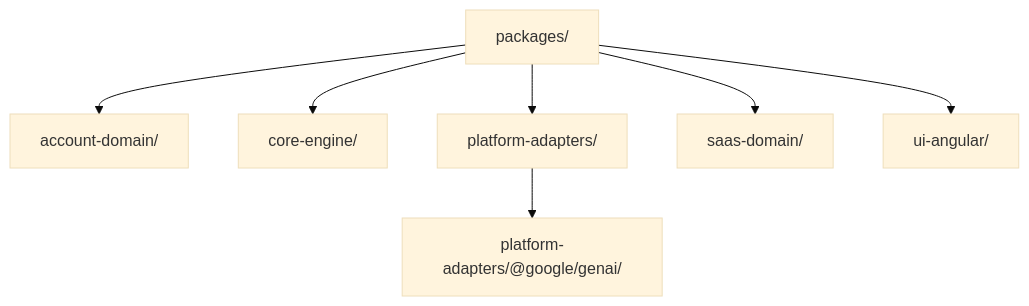
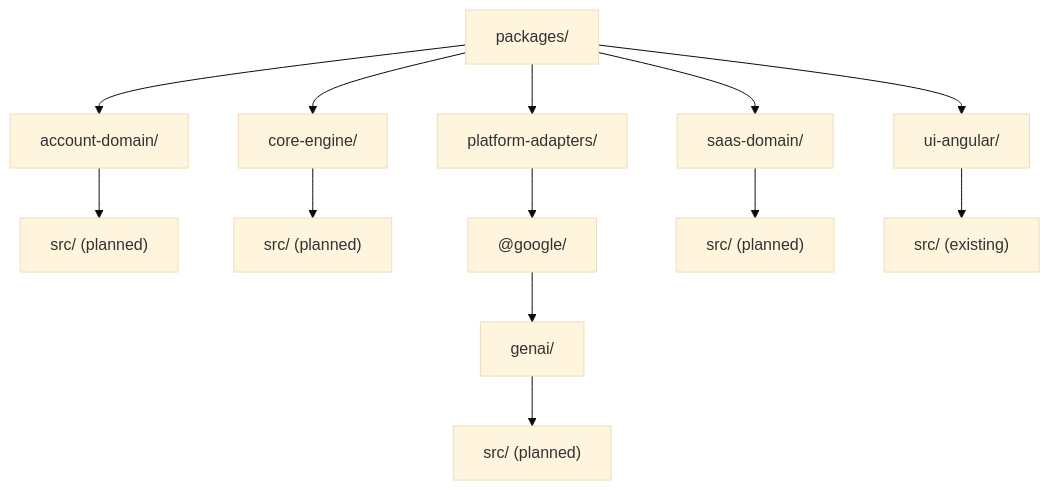
Before and after one commit to 7Spade/ng-dragon: the fifth of 5 diagrams in Mermaid.md, drawn with Mermaid (base theme). The commit also changed other lines of this file and 1 other file, not shown here.

Commit message:
docs: plan package subfolders in mermaid tree

````diff
--- a/Mermaid.md
+++ b/Mermaid.md
@@ -123,10 +124,16 @@
 ```mermaid
 flowchart TD
     packages["packages/"]
     packages --> acc["account-domain/"]
     packages --> core["core-engine/"]
     packages --> adapters["platform-adapters/"]
     packages --> saas["saas-domain/"]
     packages --> ui["ui-angular/"]
-    adapters --> googleGenAI["platform-adapters/@google/genai/"]
+    acc --> accSrc["src/ (planned)"]
+    core --> coreSrc["src/ (planned)"]
+    adapters --> googleScope["@google/"]
+    googleScope --> googleGenAI["genai/"]
+    googleGenAI --> genaiSrc["src/ (planned)"]
+    saas --> saasSrc["src/ (planned)"]
+    ui --> uiSrc["src/ (existing)"]
 ```
````
